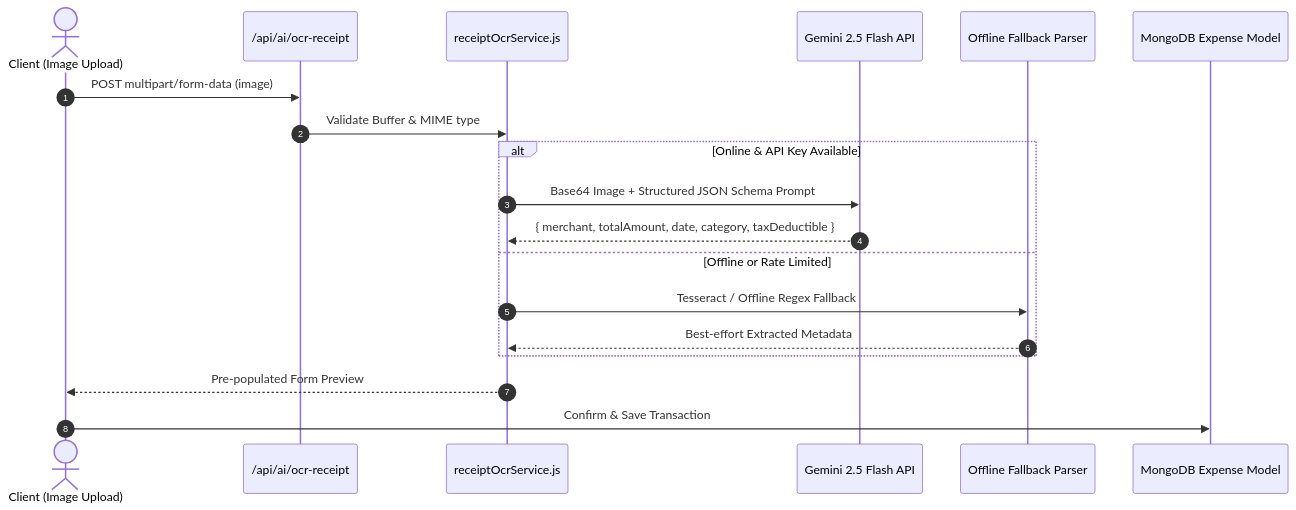
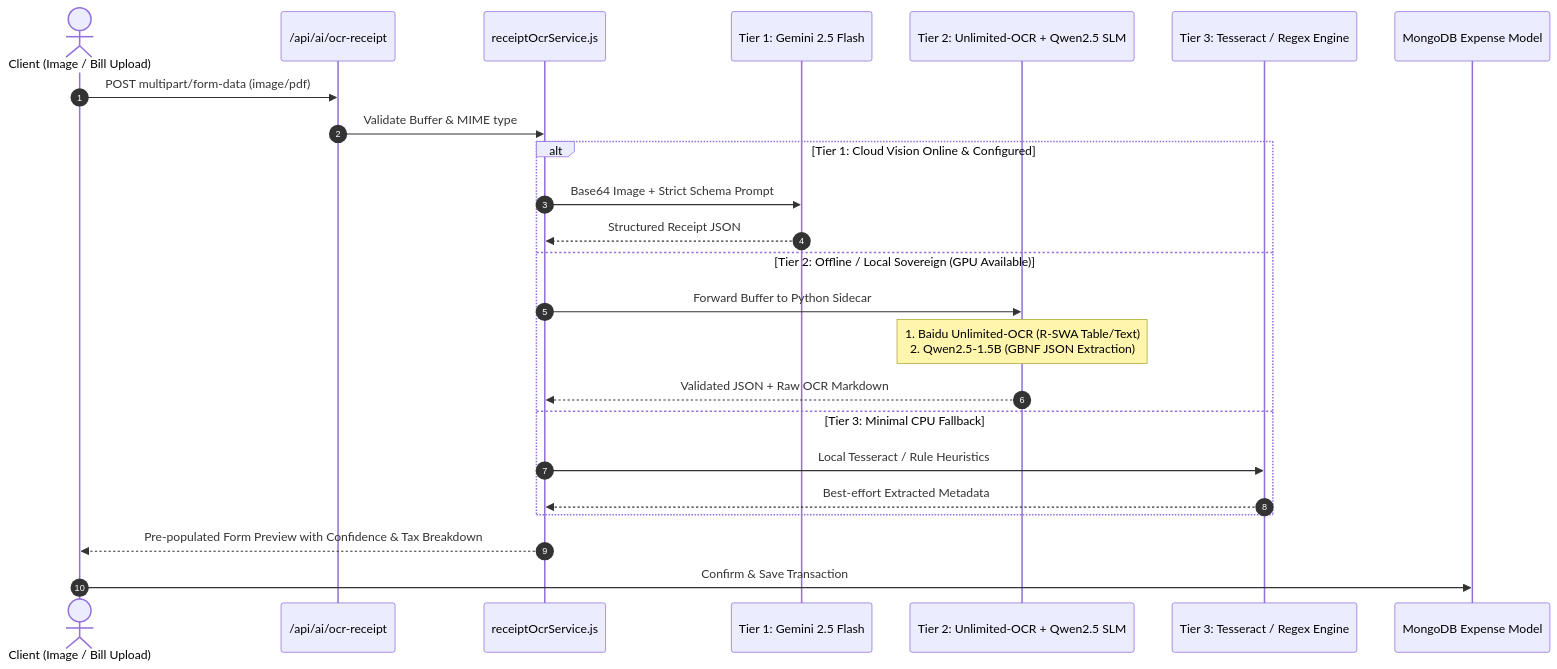
One commit to NotAnAyush/Expense-Tracker changed the first of 2 diagrams in Documentation/03-Features/AI-Copilot-and-OCR-Engine.md. Above: the diagram before and after it, drawn with Mermaid. The commit also changed other lines of this file and 43 other files, not shown here.

Commit message:
feat(pwa-habit-customization): complete Phase 5 & 6 with Staged Customization, Hardware Profiler, Lifestyle Habit Engine & Sovereign PWA

````diff
--- a/Documentation/03-Features/AI-Copilot-and-OCR-Engine.md
+++ b/Documentation/03-Features/AI-Copilot-and-OCR-Engine.md
@@ -21,22 +23,27 @@
 ```mermaid
 sequenceDiagram
     autonumber
-    actor User as Client (Image Upload)
+    actor User as Client (Image / Bill Upload)
     participant Route as /api/ai/ocr-receipt
     participant Service as receiptOcrService.js
-    participant Gemini as Gemini 2.5 Flash API
-    participant Regex as Offline Fallback Parser
+    participant Gemini as Tier 1: Gemini 2.5 Flash
+    participant LocalSidecar as Tier 2: Unlimited-OCR + Qwen2.5 SLM
+    participant Tesseract as Tier 3: Tesseract / Regex Engine
     participant DB as MongoDB Expense Model
 
-    User->>Route: POST multipart/form-data (image)
+    User->>Route: POST multipart/form-data (image/pdf)
     Route->>Service: Validate Buffer & MIME type
-    alt Online & API Key Available
-        Service->>Gemini: Base64 Image + Structured JSON Schema Prompt
-        Gemini-->>Service: { merchant, totalAmount, date, category, taxDeductible }
-    else Offline or Rate Limited
-        Service->>Regex: Tesseract / Offline Regex Fallback
-        Regex-->>Service: Best-effort Extracted Metadata
+    alt Tier 1: Cloud Vision Online & Configured
+        Service->>Gemini: Base64 Image + Strict Schema Prompt
+        Gemini-->>Service: Structured Receipt JSON
+    else Tier 2: Offline / Local Sovereign (GPU Available)
+        Service->>LocalSidecar: Forward Buffer to Python Sidecar
+        Note over LocalSidecar: 1. Baidu Unlimited-OCR (R-SWA Table/Text)<br/>2. Qwen2.5-1.5B (GBNF JSON Extraction)
+        LocalSidecar-->>Service: Validated JSON + Raw OCR Markdown
+    else Tier 3: Minimal CPU Fallback
+        Service->>Tesseract: Local Tesseract / Rule Heuristics
+        Tesseract-->>Service: Best-effort Extracted Metadata
     end
-    Service-->>User: Pre-populated Form Preview
+    Service-->>User: Pre-populated Form Preview with Confidence & Tax Breakdown
     User->>DB: Confirm & Save Transaction
 ```
````
